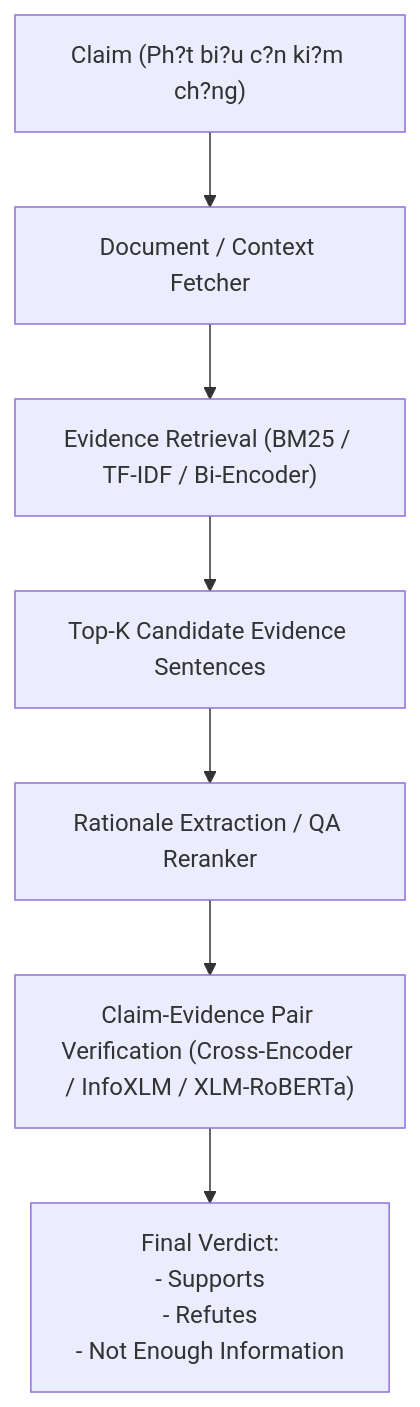
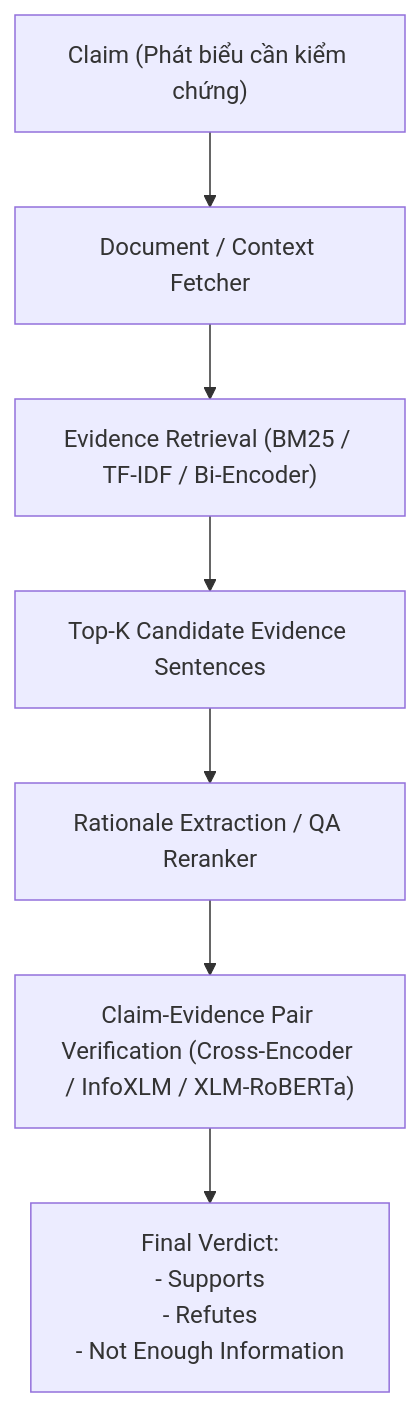
One commit to KimThinh212/viet-factcheck changed the diagram in docs/architecture.md. Above: the diagram before and after it, drawn with Mermaid. The commit also changed other lines of this file and 3 other files, not shown here.

````diff
--- a/docs/architecture.md
+++ b/docs/architecture.md
@@ -7,12 +7,9 @@
 ```mermaid
 flowchart TD
-    A["Claim (Ph?t bi?u c?n ki?m ch?ng)"] --> B["Document / Context Fetcher"]
+    A["Claim (Phát biểu cần kiểm chứng)"] --> B["Document / Context Fetcher"]
     B --> C["Evidence Retrieval (BM25 / TF-IDF / Bi-Encoder)"]
     C --> D["Top-K Candidate Evidence Sentences"]
     D --> E["Rationale Extraction / QA Reranker"]
     E --> F["Claim-Evidence Pair Verification (Cross-Encoder / InfoXLM / XLM-RoBERTa)"]
-    F --> G["Final Verdict:
-- Supports
-- Refutes
-- Not Enough Information"]
+    F --> G["Final Verdict:\n- Supports\n- Refutes\n- Not Enough Information"]
 ```
````
